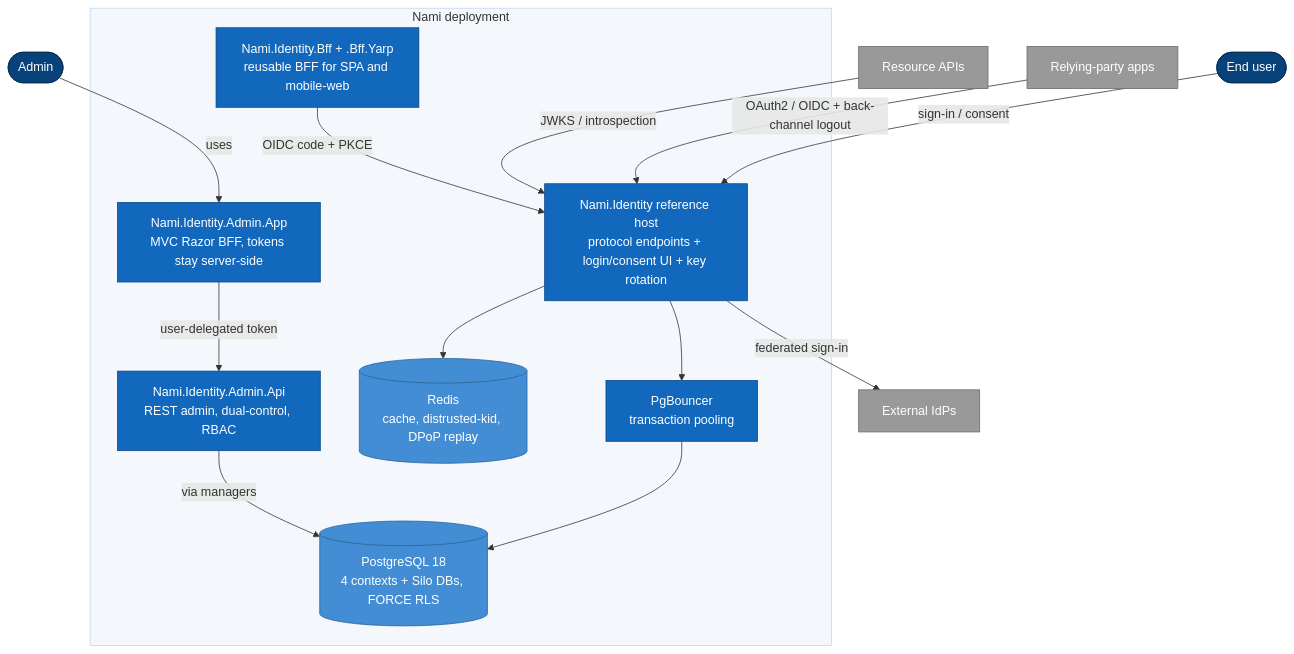
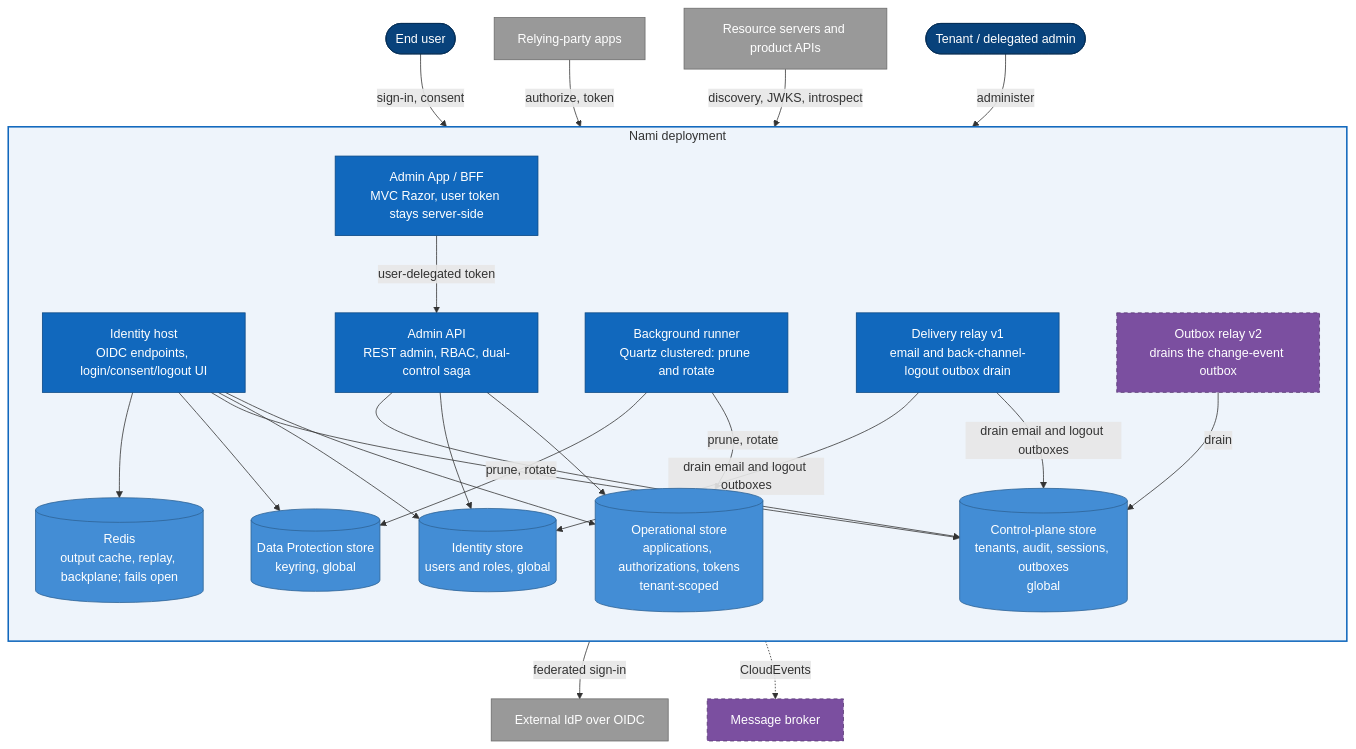
The diagram in docs/architecture/03-containers.md (namphuongtran/nami), drawn with Mermaid before and after one commit. The commit also changed other lines of this file and 3 other files, not shown here.

````diff
--- a/docs/architecture/03-containers.md
+++ b/docs/architecture/03-containers.md
@@ -12,36 +19,45 @@
 ```mermaid
 graph TB
   enduser([End user]):::person
-  admin([Admin]):::person
+  admin([Tenant / delegated admin]):::person
   rp[Relying-party apps]:::ext
-  api[Resource APIs]:::ext
-  extidp[External IdPs]:::ext
+  rs[Resource servers and product APIs]:::ext
+  extidp[External IdP over OIDC]:::ext
 
-  subgraph nami[Nami deployment]
-    idp[Nami.Identity reference host<br/>protocol endpoints + login/consent UI + key rotation]:::host
-    adminapi[Nami.Identity.Admin.Api<br/>REST admin, dual-control, RBAC]:::host
-    adminapp[Nami.Identity.Admin.App<br/>MVC Razor BFF, tokens stay server-side]:::host
-    bff[Nami.Identity.Bff + .Bff.Yarp<br/>reusable BFF for SPA and mobile-web]:::host
-    pg[(PostgreSQL 18<br/>4 contexts + Silo DBs, FORCE RLS)]:::store
-    redis[(Redis<br/>cache, distrusted-kid, DPoP replay)]:::store
-    bouncer[PgBouncer<br/>transaction pooling]:::host
+  subgraph SYS[Nami deployment]
+    direction TB
+    idp[Identity host<br/>OIDC endpoints, login/consent/logout UI]:::host
+    aapi[Admin API<br/>REST admin, RBAC, dual-control saga]:::host
+    aapp[Admin App / BFF<br/>MVC Razor, user token stays server-side]:::host
+    run[Background runner<br/>Quartz clustered: prune and rotate]:::host
+    dr[Delivery relay v1<br/>email and back-channel-logout outbox drain]:::host
+    relay[Outbox relay v2<br/>drains the change-event outbox]:::v2
+    opdb[(Operational store<br/>applications, authorizations, tokens<br/>tenant-scoped)]:::store
+    iddb[(Identity store<br/>users and roles, global)]:::store
+    cpdb[(Control-plane store<br/>tenants, audit, sessions, outboxes<br/>global)]:::store
+    dpdb[(Data Protection store<br/>keyring, global)]:::store
+    redis[(Redis<br/>output cache, replay, backplane; fails open)]:::store
   end
 
-  enduser -->|sign-in / consent| idp
-  admin -->|uses| adminapp
-  adminapp -->|user-delegated token| adminapi
-  rp -->|OAuth2 / OIDC + back-channel logout| idp
-  api -->|JWKS / introspection| idp
+  broker[Message broker]:::v2
+
+  enduser -->|sign-in, consent| idp
+  rp -->|authorize, token| idp
+  rs -->|discovery, JWKS, introspect| idp
+  admin -->|administer| aapp
+  aapp -->|user-delegated token| aapi
   idp -->|federated sign-in| extidp
-  bff -->|OIDC code + PKCE| idp
-  idp --> bouncer
-  bouncer --> pg
-  idp --> redis
-  adminapi -->|via managers| pg
+  idp --> opdb & iddb & cpdb & dpdb & redis
+  aapi --> opdb & iddb & cpdb
+  run -->|prune, rotate| opdb & dpdb
+  dr -->|drain email and logout outboxes| cpdb & iddb
+  relay -->|drain| cpdb
+  relay -.->|CloudEvents| broker
 
   classDef person fill:#08427b,stroke:#052e56,color:#ffffff
   classDef host fill:#1168bd,stroke:#0b4884,color:#ffffff
   classDef store fill:#438dd5,stroke:#2e6295,color:#ffffff
   classDef ext fill:#999999,stroke:#6b6b6b,color:#ffffff
-  style nami fill:#f4f8fd,stroke:#c3d7ee
+  classDef v2 fill:#7b4fa0,stroke:#54356f,color:#ffffff,stroke-dasharray:5 4
+  style SYS fill:#eef4fb,stroke:#1168bd,stroke-width:2px
 ```
````
